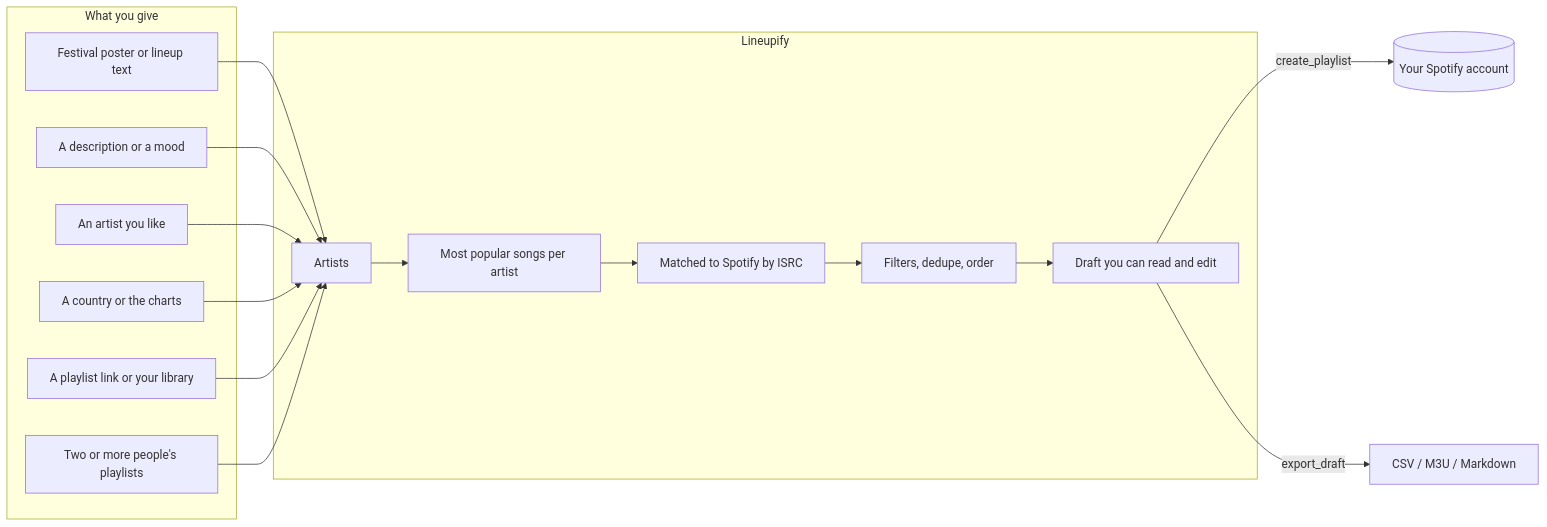
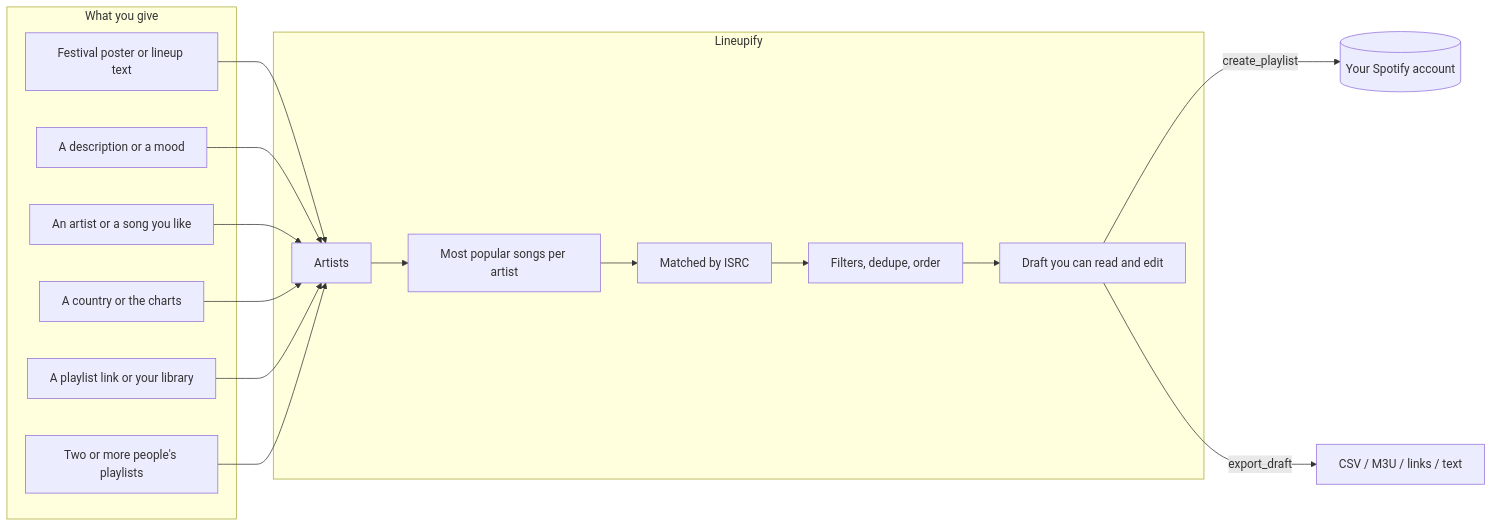
Before and after one commit to SHREESHMAN/lineupify: the first of 3 diagrams in README.md, drawn with Mermaid. The commit also changed other lines of this file and 2 other files, not shown here.

````diff
--- a/README.md
+++ b/README.md
@@ -27,29 +228,29 @@
 ```mermaid
 flowchart LR
     subgraph give[What you give]
         A[Festival poster or lineup text]
         B[A description or a mood]
-        C[An artist you like]
+        C[An artist or a song you like]
         D[A country or the charts]
         E[A playlist link or your library]
         F[Two or more people's playlists]
     end
     subgraph engine[Lineupify]
         G[Artists]
         H[Most popular songs per artist]
-        I[Matched to Spotify by ISRC]
+        I[Matched by ISRC]
         J[Filters, dedupe, order]
         K[Draft you can read and edit]
     end
     L[(Your Spotify account)]
-    M[CSV / M3U / Markdown]
+    M[CSV / M3U / links / text]
     A --> G
     B --> G
     C --> G
     D --> G
     E --> G
     F --> G
     G --> H --> I --> J --> K
     K -->|create_playlist| L
     K -->|export_draft| M
 ```
````
